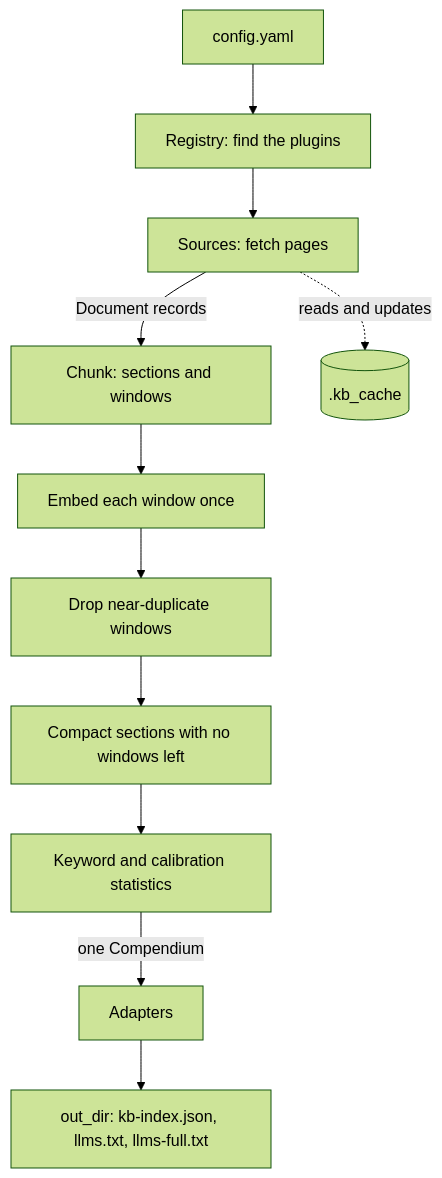
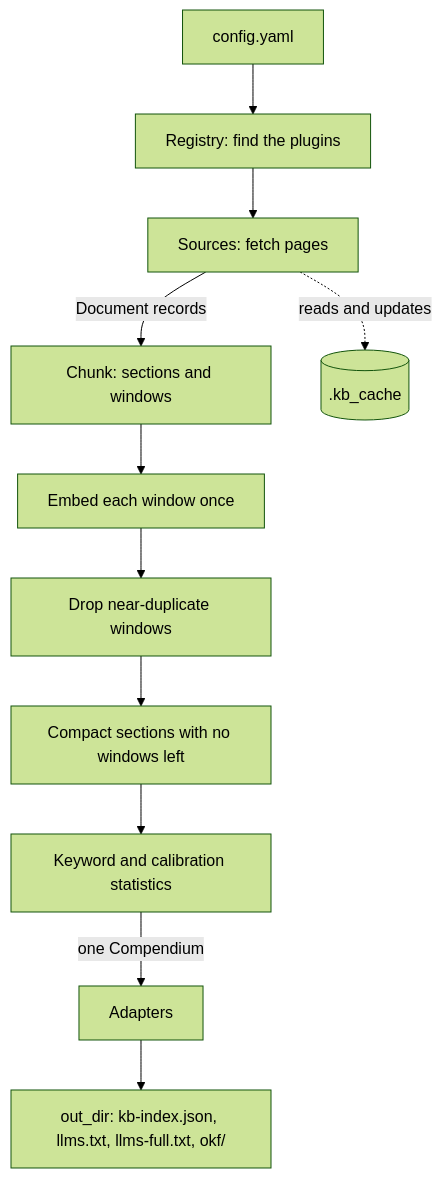
One commit to DepressionCenter/extractium changed the diagram in docs/data-flow.md. Above: the diagram before and after it, drawn with Mermaid (forest theme). The commit also changed other lines of this file and 15 other files, not shown here.

````diff
--- a/docs/data-flow.md
+++ b/docs/data-flow.md
@@ -41,13 +41,13 @@
 ```mermaid
 flowchart TD
     A[config.yaml] --> B[Registry: find the plugins]
     B --> C[Sources: fetch pages]
     C -->|Document records| D[Chunk: sections and windows]
     D --> E[Embed each window once]
     E --> F[Drop near-duplicate windows]
     F --> G[Compact sections with no windows left]
     G --> H[Keyword and calibration statistics]
     H -->|one Compendium| I[Adapters]
-    I --> J[out_dir: kb-index.json, llms.txt, llms-full.txt]
+    I --> J[out_dir: kb-index.json, llms.txt, llms-full.txt, okf/]
     C -.reads and updates.-> K[(.kb_cache)]
 ```
````
